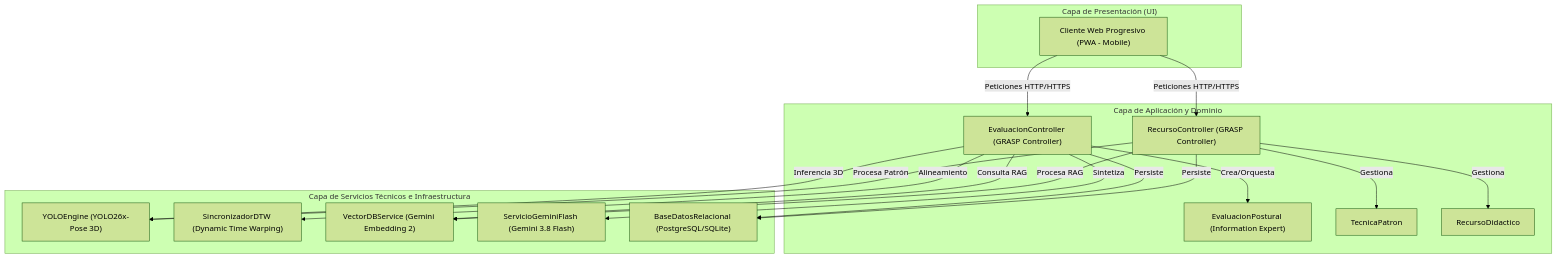
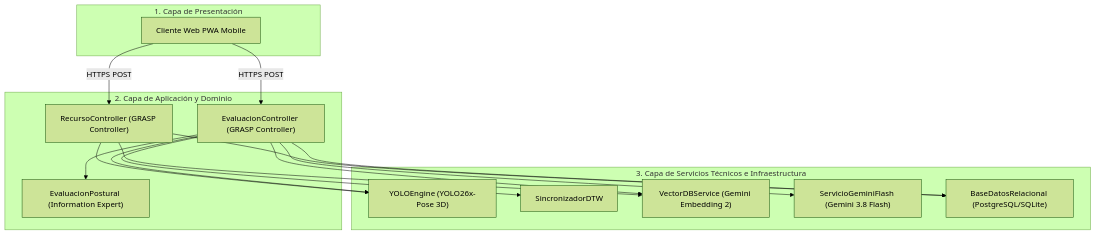
The sixth of 9 diagrams in README.md (Tsmrain/JiuJitsu), drawn with Mermaid (forest theme) before and after one commit. The commit also changed other lines of this file, not shown here.

Commit message:
refactor: restructure system architecture documentation into concise layers and a formal GRASP responsibility matrix

````diff
--- a/README.md
+++ b/README.md
@@ -523,36 +523,24 @@
 ```mermaid
 graph TD
-    subgraph Presentacion["Capa de Presentación (UI)"]
-        PWA["Cliente Web Progresivo (PWA - Mobile)"]
+    subgraph UI["1. Capa de Presentación"]
+        PWA["Cliente Web PWA Mobile"]
     end
 
-    subgraph AplicacionDominio["Capa de Aplicación y Dominio"]
+    subgraph Domain["2. Capa de Aplicación y Dominio"]
         RC["RecursoController (GRASP Controller)"]
         EC["EvaluacionController (GRASP Controller)"]
         EP["EvaluacionPostural (Information Expert)"]
-        TP["TecnicaPatron"]
-        RD["RecursoDidactico"]
     end
 
-    subgraph ServiciosTecnicos["Capa de Servicios Técnicos e Infraestructura"]
+    subgraph Tech["3. Capa de Servicios Técnicos e Infraestructura"]
         YOLO["YOLOEngine (YOLO26x-Pose 3D)"]
-        DTW["SincronizadorDTW (Dynamic Time Warping)"]
+        DTW["SincronizadorDTW"]
         VDB["VectorDBService (Gemini Embedding 2)"]
         SGF["ServicioGeminiFlash (Gemini 3.8 Flash)"]
         BD["BaseDatosRelacional (PostgreSQL/SQLite)"]
     end
 
-    PWA -->|Peticiones HTTP/HTTPS| RC
-    PWA -->|Peticiones HTTP/HTTPS| EC
-    RC -->|Gestiona| TP
-    RC -->|Gestiona| RD
-    RC -->|Procesa RAG| VDB
-    RC -->|Procesa Patrón| YOLO
-    RC -->|Persiste| BD
-    EC -->|Crea/Orquesta| EP
-    EC -->|Inferencia 3D| YOLO
-    EC -->|Alineamiento| DTW
-    EC -->|Consulta RAG| VDB
-    EC -->|Sintetiza| SGF
-    EC -->|Persiste| BD
+    PWA -->|HTTPS POST| RC & EC
+    RC --> VDB & YOLO & BD
+    EC --> EP & YOLO & DTW & VDB & SGF & BD
 ```
````
